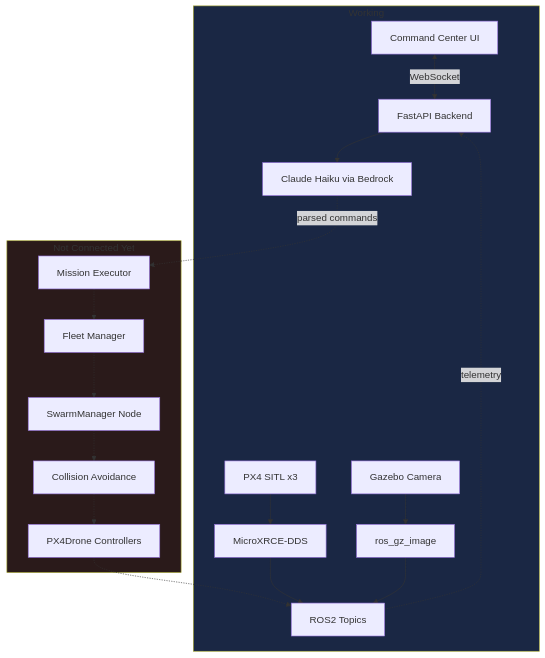
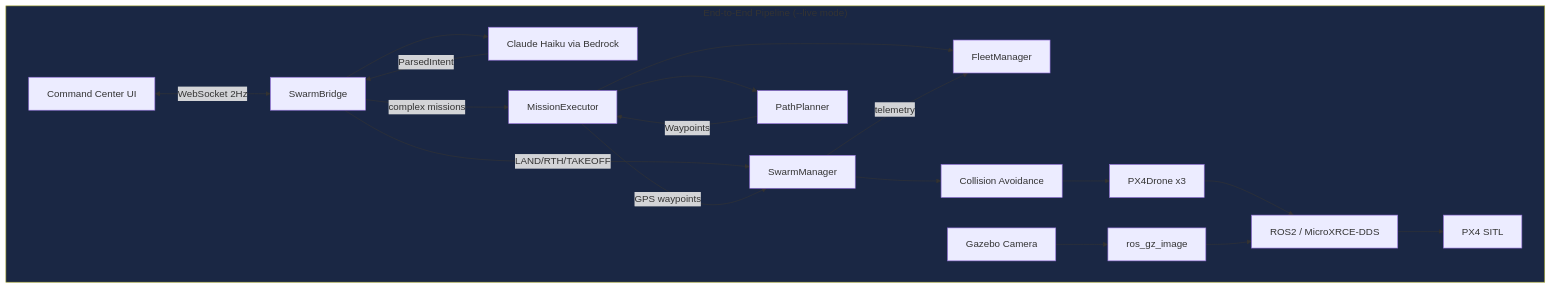
One commit to KeshavM05/drone-vla changed the diagram in docs/plan/current-status.md. Above: the diagram before and after it, drawn with Mermaid. The commit also changed other lines of this file and 3 other files, not shown here.

First line of the commit message:
Update docs for end-to-end command pipeline

````diff
--- a/docs/plan/current-status.md
+++ b/docs/plan/current-status.md
@@ -68,23 +69,22 @@
 ```mermaid
 flowchart TD
-    subgraph Working
-        UI[Command Center UI] <-->|WebSocket| API[FastAPI Backend]
-        API --> NLP[Claude Haiku via Bedrock]
-        PX4[PX4 SITL x3] --> DDS[MicroXRCE-DDS]
-        DDS --> ROS2[ROS2 Topics]
-        GZ[Gazebo Camera] --> Bridge[ros_gz_image] --> ROS2
+    subgraph Pipeline["End-to-End Pipeline (--live mode)"]
+        UI[Command Center UI] <-->|WebSocket 2Hz| Bridge[SwarmBridge]
+        Bridge --> NLP[Claude Haiku via Bedrock]
+        NLP -->|ParsedIntent| Bridge
+        Bridge -->|LAND/RTH/TAKEOFF| Swarm[SwarmManager]
+        Bridge -->|complex missions| Exec[MissionExecutor]
+        Exec --> Fleet[FleetManager]
+        Exec --> PP[PathPlanner]
+        PP -->|Waypoints| Exec
+        Exec -->|GPS waypoints| Swarm
+        Swarm --> CA[Collision Avoidance]
+        CA --> PX4Drone[PX4Drone x3]
+        PX4Drone --> ROS2[ROS2 / MicroXRCE-DDS]
+        ROS2 --> PX4[PX4 SITL]
+        Swarm -->|telemetry| Fleet
+        GZ[Gazebo Camera] --> ImgBridge[ros_gz_image] --> ROS2
     end
 
-    subgraph NotConnected[Not Connected Yet]
-        NLP -.->|parsed commands| Exec[Mission Executor]
-        Exec -.-> Fleet[Fleet Manager]
-        Fleet -.-> Swarm[SwarmManager Node]
-        Swarm -.-> CA[Collision Avoidance]
-        CA -.-> PX4Drone[PX4Drone Controllers]
-        PX4Drone -.-> ROS2
-        ROS2 -.->|telemetry| API
-    end
-
-    style Working fill:#1a2744
-    style NotConnected fill:#2a1a1a
+    style Pipeline fill:#1a2744
 ```
````
